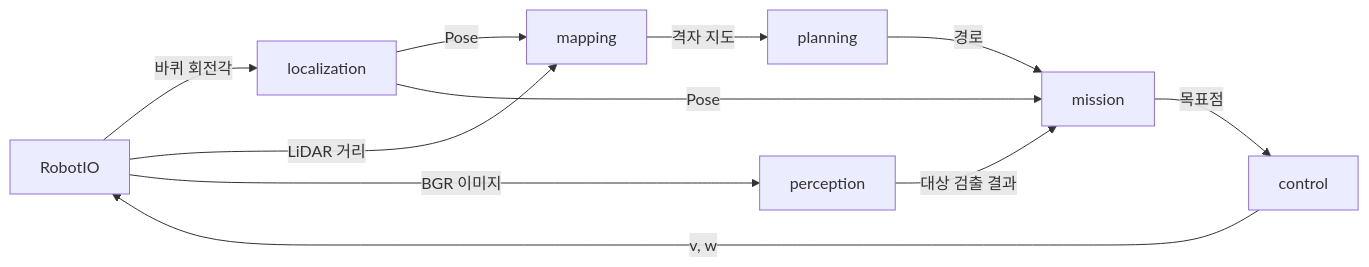
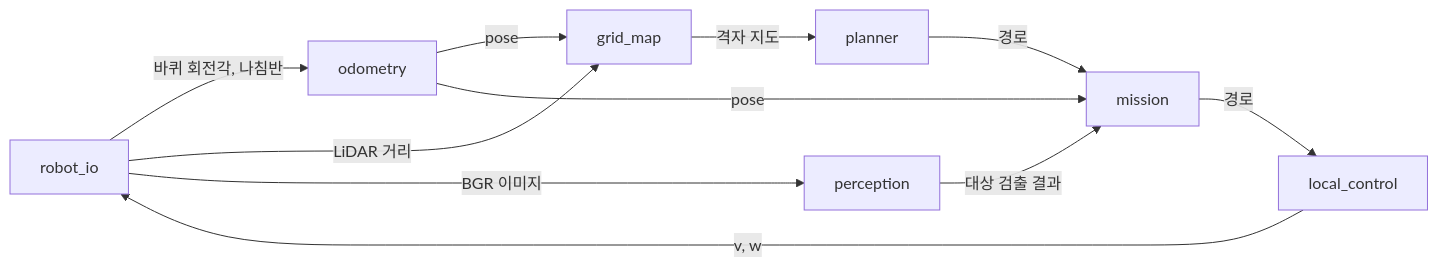
One commit to Tech-Week-2026-KimEPark/sar-robot changed the diagram in docs/human/explanation/architecture.md. Above: the diagram before and after it, drawn with Mermaid. The commit also changed other lines of this file and 24 other files, not shown here.

````diff
--- a/docs/human/explanation/architecture.md
+++ b/docs/human/explanation/architecture.md
@@ -30,13 +30,13 @@
 ```mermaid
 flowchart LR
-  IO[RobotIO] -->|바퀴 회전각| LOC[localization]
-  IO -->|LiDAR 거리| MAP[mapping]
+  IO[robot_io] -->|바퀴 회전각, 나침반| ODO[odometry]
+  IO -->|LiDAR 거리| MAP[grid_map]
   IO -->|BGR 이미지| PER[perception]
-  LOC -->|Pose| MAP
-  LOC -->|Pose| MIS[mission]
-  MAP -->|격자 지도| PLN[planning]
+  ODO -->|pose| MAP
+  ODO -->|pose| MIS[mission]
+  MAP -->|격자 지도| PLN[planner]
   PER -->|대상 검출 결과| MIS
   PLN -->|경로| MIS
-  MIS -->|목표점| CTL[control]
+  MIS -->|경로| CTL[local_control]
   CTL -->|v, w| IO
 ```
````
